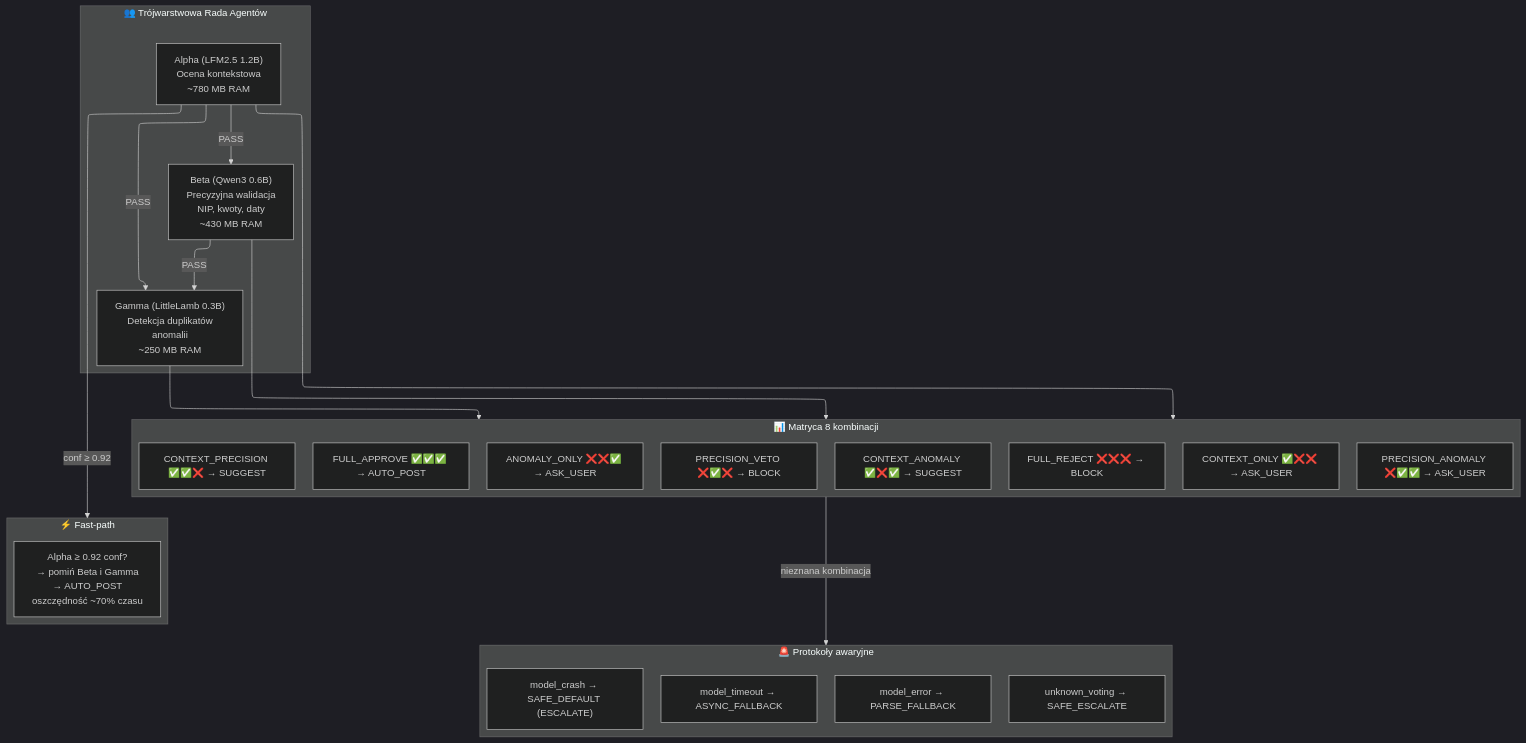
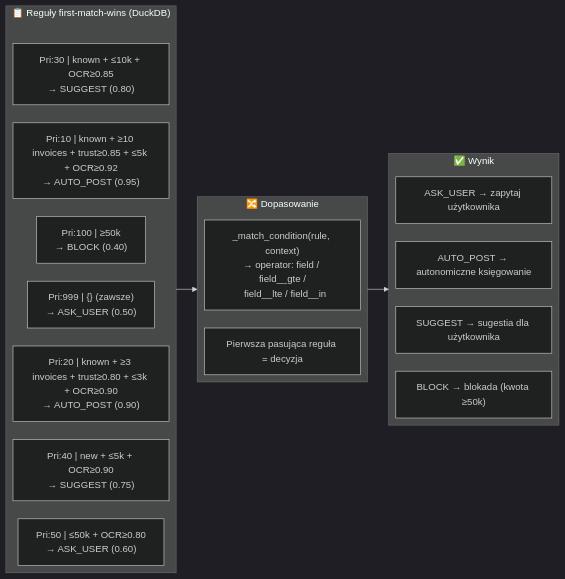
Before and after one commit to Gorski-Maciej/NexusAI: the fourth of 10 diagrams in docs/ARCHITECTURE_DIAGRAM.md, drawn with Mermaid. The commit also changed other lines of this file and 74 other files, not shown here.

````diff
--- a/docs/ARCHITECTURE_DIAGRAM.md
+++ b/docs/ARCHITECTURE_DIAGRAM.md
@@ -220,43 +199,28 @@
 ```mermaid
 %%{init: {"flowchart": {"defaultRenderer": "elk"}, "theme": "dark"}}%%
-flowchart TB
-    subgraph Agents["👥 Trójwarstwowa Rada Agentów"]
-        direction LR
-        A["Alpha (LFM2.5 1.2B)\nOcena kontekstowa\n~780 MB RAM"]
-        B["Beta (Qwen3 0.6B)\nPrecyzyjna walidacja\nNIP, kwoty, daty\n~430 MB RAM"]
-        G["Gamma (LittleLamb 0.3B)\nDetekcja duplikatów\nanomalii\n~250 MB RAM"]
+flowchart LR
+    subgraph Rules["📋 Reguły first-match-wins (DuckDB)"]
+        R1["Pri:10 | known + ≥10 invoices + trust≥0.85 + ≤5k + OCR≥0.92\n→ AUTO_POST (0.95)"]
+        R2["Pri:20 | known + ≥3 invoices + trust≥0.80 + ≤3k + OCR≥0.90\n→ AUTO_POST (0.90)"]
+        R3["Pri:30 | known + ≤10k + OCR≥0.85\n→ SUGGEST (0.80)"]
+        R4["Pri:40 | new + ≤5k + OCR≥0.90\n→ SUGGEST (0.75)"]
+        R5["Pri:50 | ≤50k + OCR≥0.80\n→ ASK_USER (0.60)"]
+        R6["Pri:100 | ≥50k\n→ BLOCK (0.40)"]
+        R7["Pri:999 | {} (zawsze)\n→ ASK_USER (0.50)"]
     end
 
-    subgraph FastPath["⚡ Fast-path"]
-        FP["Alpha ≥ 0.92 conf?\n→ pomiń Beta i Gamma\n→ AUTO_POST\noszczędność ~70% czasu"]
+    subgraph Decision["🔀 Dopasowanie"]
+        D1["_match_condition(rule, context)\n→ operator: field / field__gte /\n  field__lte / field__in"]
+        D2["Pierwsza pasująca reguła = decyzja"]
     end
 
-    subgraph Matrix["📊 Matryca 8 kombinacji"]
-        direction TB
-        M1["FULL_APPROVE ✅✅✅ → AUTO_POST"]
-        M2["CONTEXT_ANOMALY ✅❌✅ → SUGGEST"]
-        M3["CONTEXT_PRECISION ✅✅❌ → SUGGEST"]
-        M4["CONTEXT_ONLY ✅❌❌ → ASK_USER"]
-        M5["PRECISION_ANOMALY ❌✅✅ → ASK_USER"]
-        M6["ANOMALY_ONLY ❌❌✅ → ASK_USER"]
-        M7["PRECISION_VETO ❌✅❌ → BLOCK"]
-        M8["FULL_REJECT ❌❌❌ → BLOCK"]
+    subgraph Result["✅ Wynik"]
+        O1["AUTO_POST → autonomiczne księgowanie"]
+        O2["SUGGEST → sugestia dla użytkownika"]
+        O3["ASK_USER → zapytaj użytkownika"]
+        O4["BLOCK → blokada (kwota ≥50k)"]
     end
 
-    A -->|PASS| B
-    A -->|PASS| G
-    B -->|PASS| G
-    A -->|conf ≥ 0.92| FastPath
-    A --> Matrix
-    B --> Matrix
-    G --> Matrix
-
-    subgraph Emergency["🚨 Protokoły awaryjne"]
-        E1["model_timeout → ASYNC_FALLBACK"]
-        E2["model_error → PARSE_FALLBACK"]
-        E3["model_crash → SAFE_DEFAULT (ESCALATE)"]
-        E4["unknown_voting → SAFE_ESCALATE"]
-    end
-
-    Matrix -->|nieznana kombinacja| Emergency
+    Rules --> Decision
+    Decision --> Result
 ```
````
